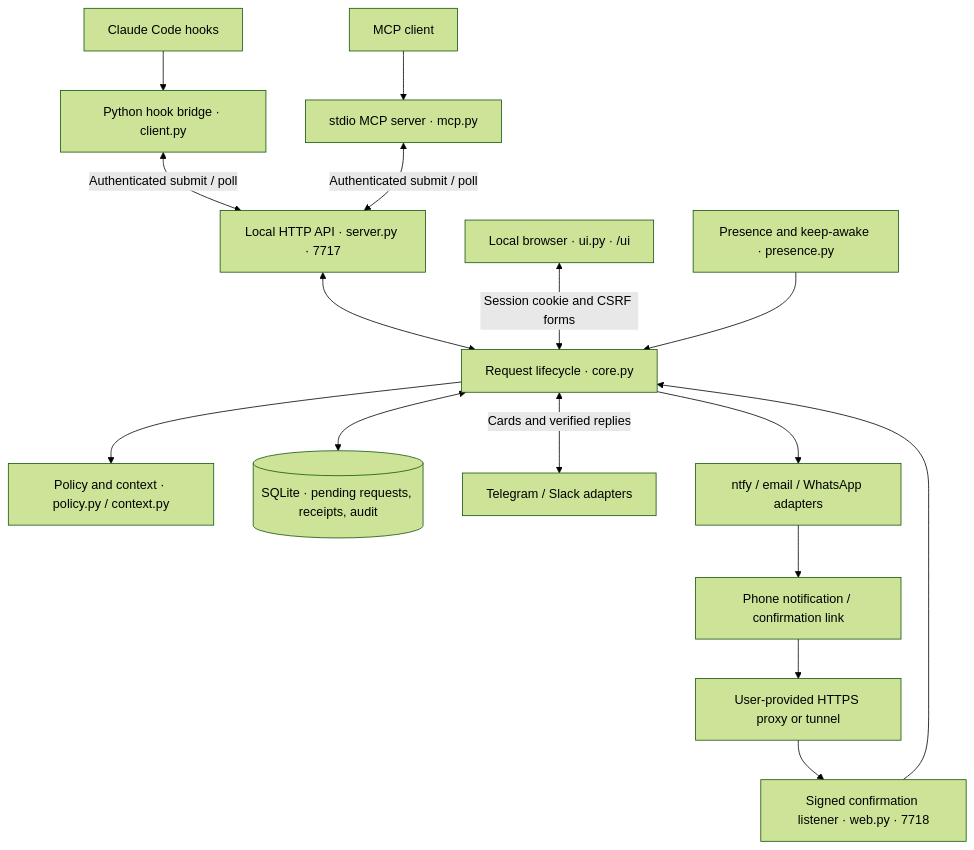
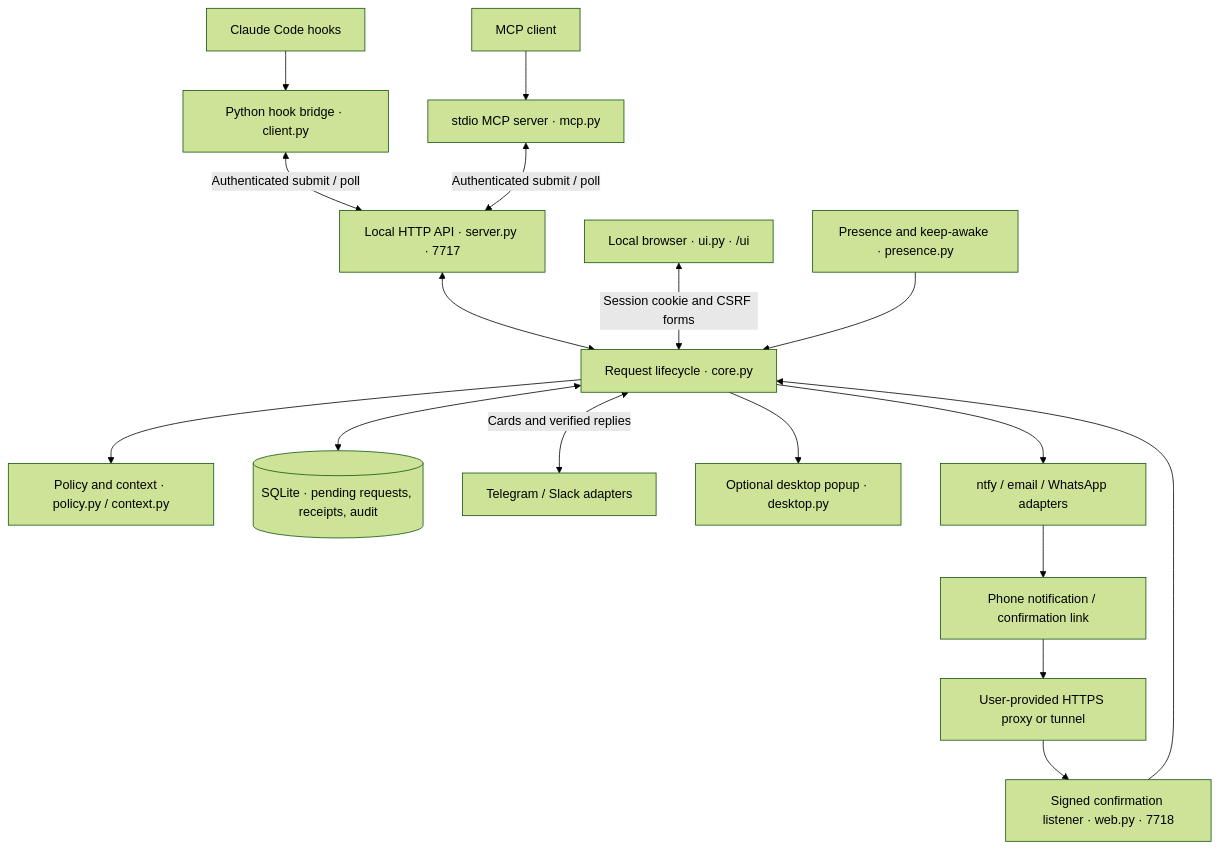
Before and after one commit to pankajneema/MCPulse: the diagram in README.md, drawn with Mermaid (forest theme). The commit also changed other lines of this file and 9 other files, not shown here.

````diff
--- a/README.md
+++ b/README.md
@@ -75,18 +75,19 @@
 ```mermaid
 flowchart TD
     Claude["Claude Code hooks"] --> Bridge["Python hook bridge · client.py"]
     Agent["MCP client"] --> MCP["stdio MCP server · mcp.py"]
     Bridge <-->|"Authenticated submit / poll"| API["Local HTTP API · server.py · 7717"]
     MCP <-->|"Authenticated submit / poll"| API
     API <--> Broker["Request lifecycle · core.py"]
     Broker --> Policy["Policy and context · policy.py / context.py"]
     Broker <--> DB[("SQLite · pending requests, receipts, audit")]
     UI["Local browser · ui.py · /ui"] <-->|"Session cookie and CSRF forms"| Broker
     Broker <-->|"Cards and verified replies"| Chat["Telegram / Slack adapters"]
+    Broker --> Desktop["Optional desktop popup · desktop.py"]
     Broker --> Push["ntfy / email / WhatsApp adapters"]
     Push --> Phone["Phone notification / confirmation link"]
     Phone --> HTTPS["User-provided HTTPS proxy or tunnel"]
     HTTPS --> Web["Signed confirmation listener · web.py · 7718"]
     Web --> Broker
     Presence["Presence and keep-awake · presence.py"] --> Broker
 ```
````
